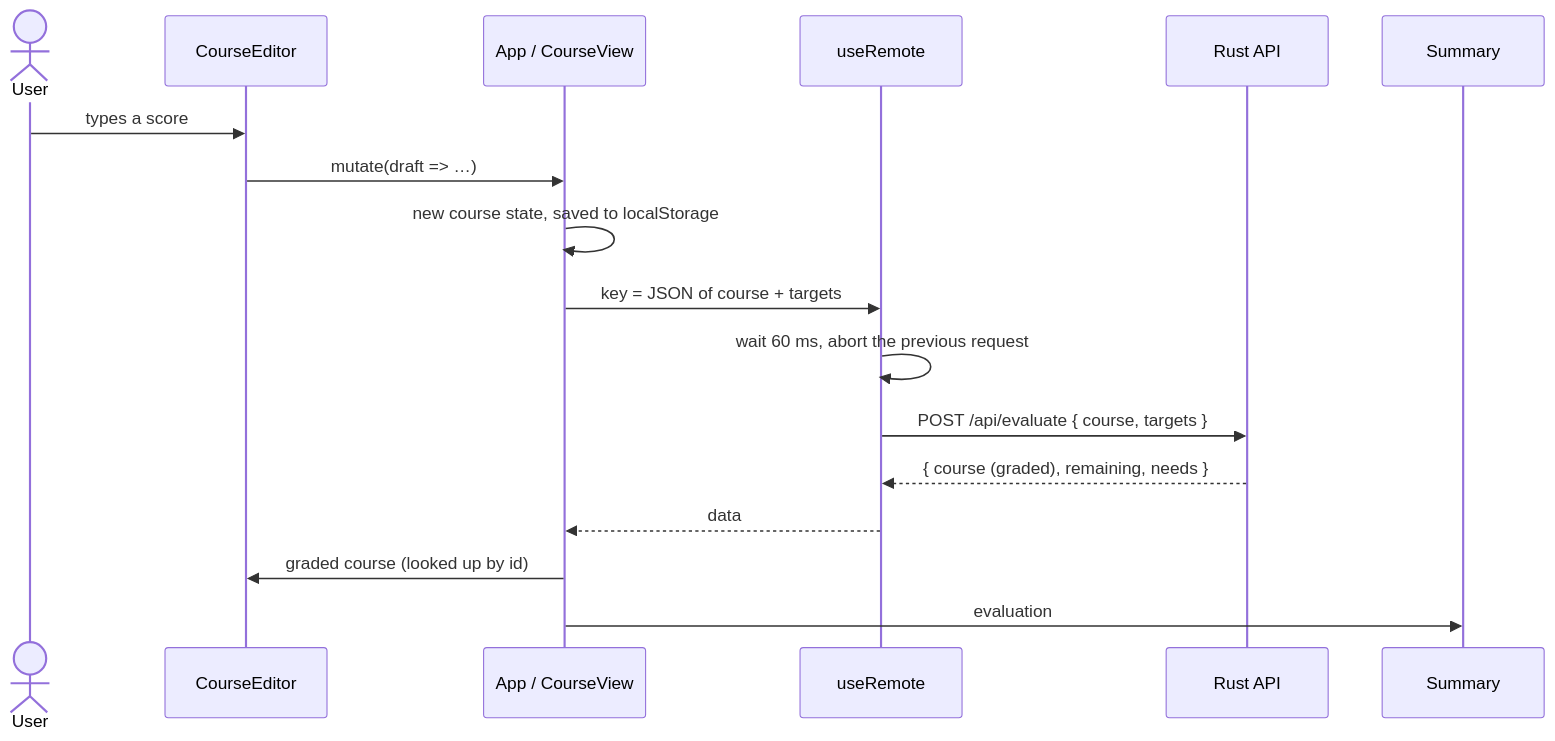
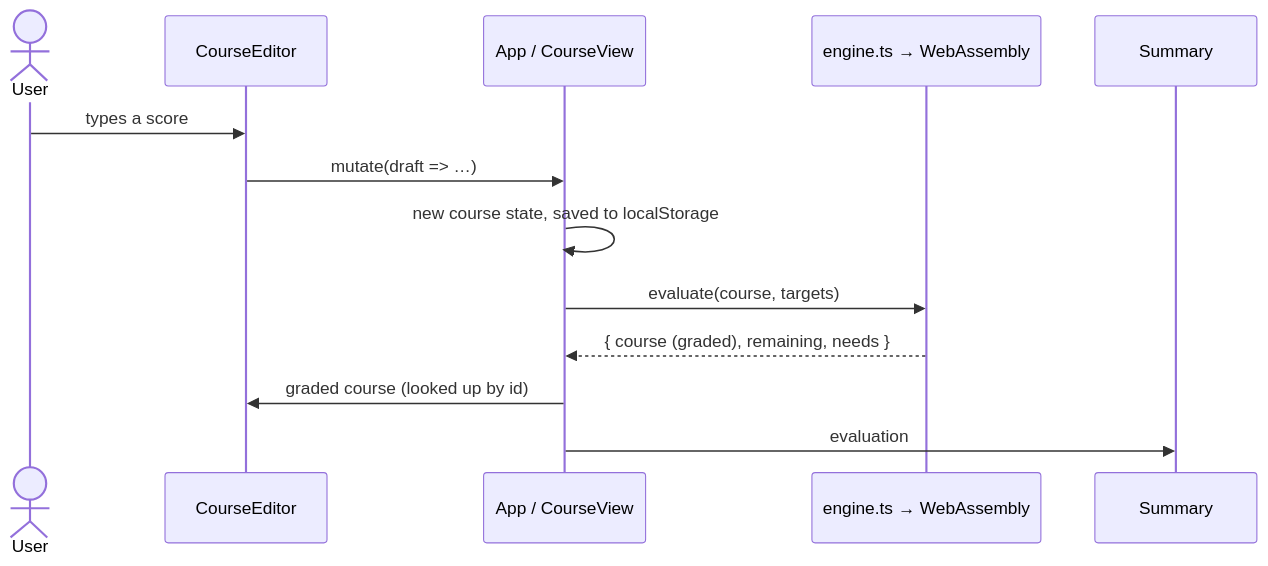
The seventh of 8 diagrams in docs/uml.md (Patman1O1/grade-calculator), drawn with Mermaid before and after one commit. The commit also changed other lines of this file and 36 other files, not shown here.

First line of the commit message:
Compile the Rust engine to WebAssembly instead of running a server

````diff
--- a/docs/uml.md
+++ b/docs/uml.md
@@ -321,18 +318,14 @@
 ```mermaid
 sequenceDiagram
   actor User
   participant Editor as CourseEditor
   participant App as App / CourseView
-  participant Hook as useRemote
-  participant Server as Rust API
+  participant Engine as engine.ts → WebAssembly
   User->>Editor: types a score
   Editor->>App: mutate(draft => …)
   App->>App: new course state, saved to localStorage
-  App->>Hook: key = JSON of course + targets
-  Hook->>Hook: wait 60 ms, abort the previous request
-  Hook->>Server: POST /api/evaluate { course, targets }
-  Server-->>Hook: { course (graded), remaining, needs }
-  Hook-->>App: data
+  App->>Engine: evaluate(course, targets)
+  Engine-->>App: { course (graded), remaining, needs }
   App->>Editor: graded course (looked up by id)
   App->>Summary: evaluation
 ```
````
